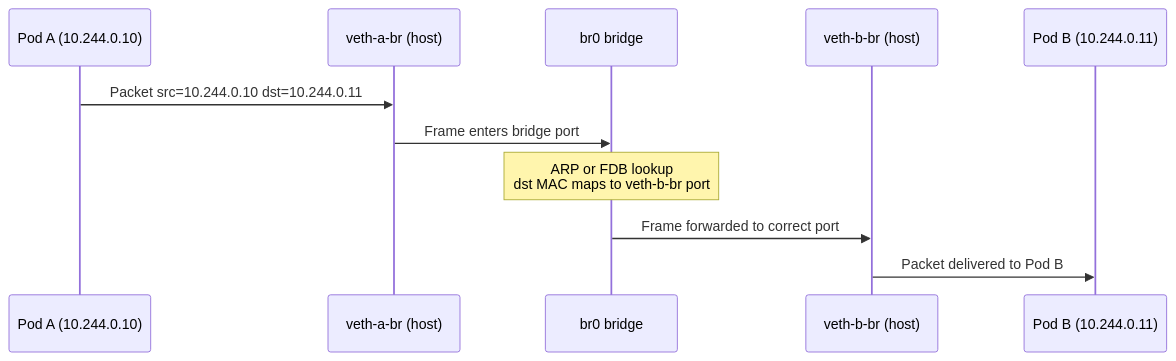
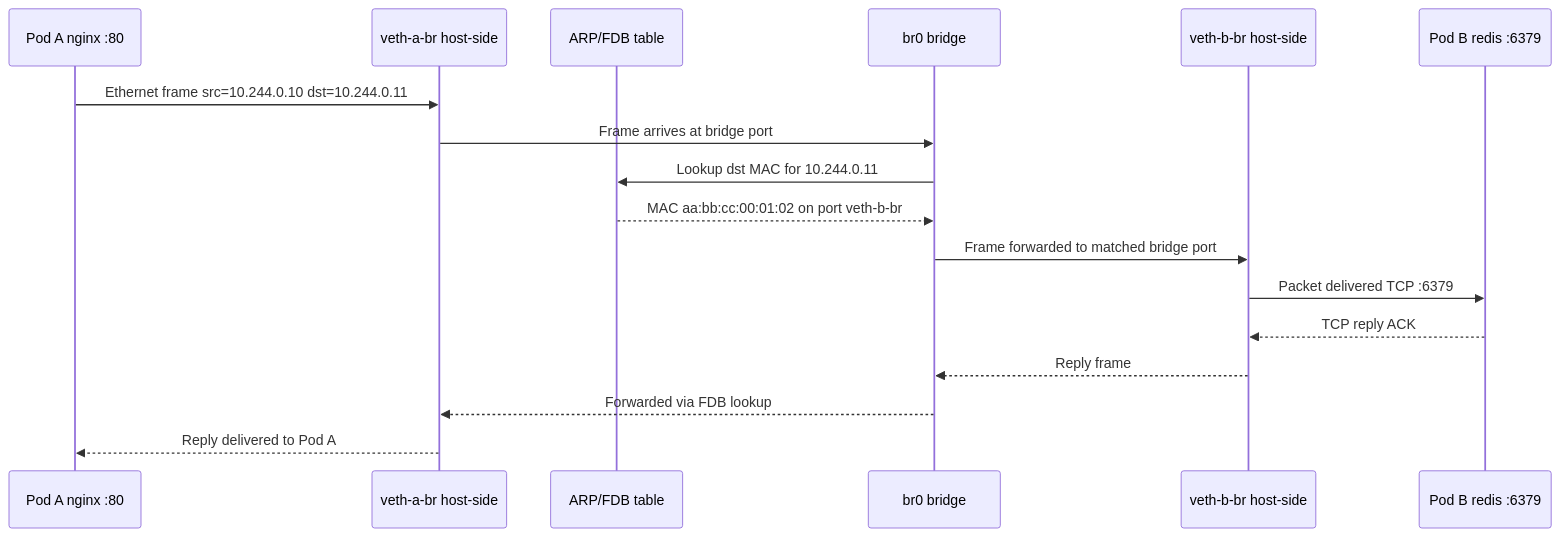
One commit to MykolaLebid/Kubernetes_networking_engineering changed the third of 3 diagrams in lessons/01-linux-networking-fundamentals.md. Above: the diagram before and after it, drawn with Mermaid. The commit also changed other lines of this file and 35 other files, not shown here.

First line of the commit message:
Restructure all 34 lessons: Theory/Practice split, richer diagrams, industry examples, navigation

````diff
--- a/lessons/01-linux-networking-fundamentals.md
+++ b/lessons/01-linux-networking-fundamentals.md
@@ -144,14 +140,20 @@
 ```mermaid
 sequenceDiagram
-    participant PA as Pod A (10.244.0.10)
-    participant VA as veth-a-br (host)
+    participant PA as Pod A nginx :80
+    participant VA as veth-a-br host-side
+    participant ARP as ARP/FDB table
     participant BR as br0 bridge
-    participant VB as veth-b-br (host)
-    participant PB as Pod B (10.244.0.11)
+    participant VB as veth-b-br host-side
+    participant PB as Pod B redis :6379
 
-    PA->>VA: Packet src=10.244.0.10 dst=10.244.0.11
-    VA->>BR: Frame enters bridge port
-    Note over BR: ARP or FDB lookup<br/>dst MAC maps to veth-b-br port
-    BR->>VB: Frame forwarded to correct port
-    VB->>PB: Packet delivered to Pod B
+    PA->>VA: Ethernet frame src=10.244.0.10 dst=10.244.0.11
+    VA->>BR: Frame arrives at bridge port
+    BR->>ARP: Lookup dst MAC for 10.244.0.11
+    ARP-->>BR: MAC aa:bb:cc:00:01:02 on port veth-b-br
+    BR->>VB: Frame forwarded to matched bridge port
+    VB->>PB: Packet delivered TCP :6379
+    PB-->>VB: TCP reply ACK
+    VB-->>BR: Reply frame
+    BR-->>VA: Forwarded via FDB lookup
+    VA-->>PA: Reply delivered to Pod A
 ```
````
